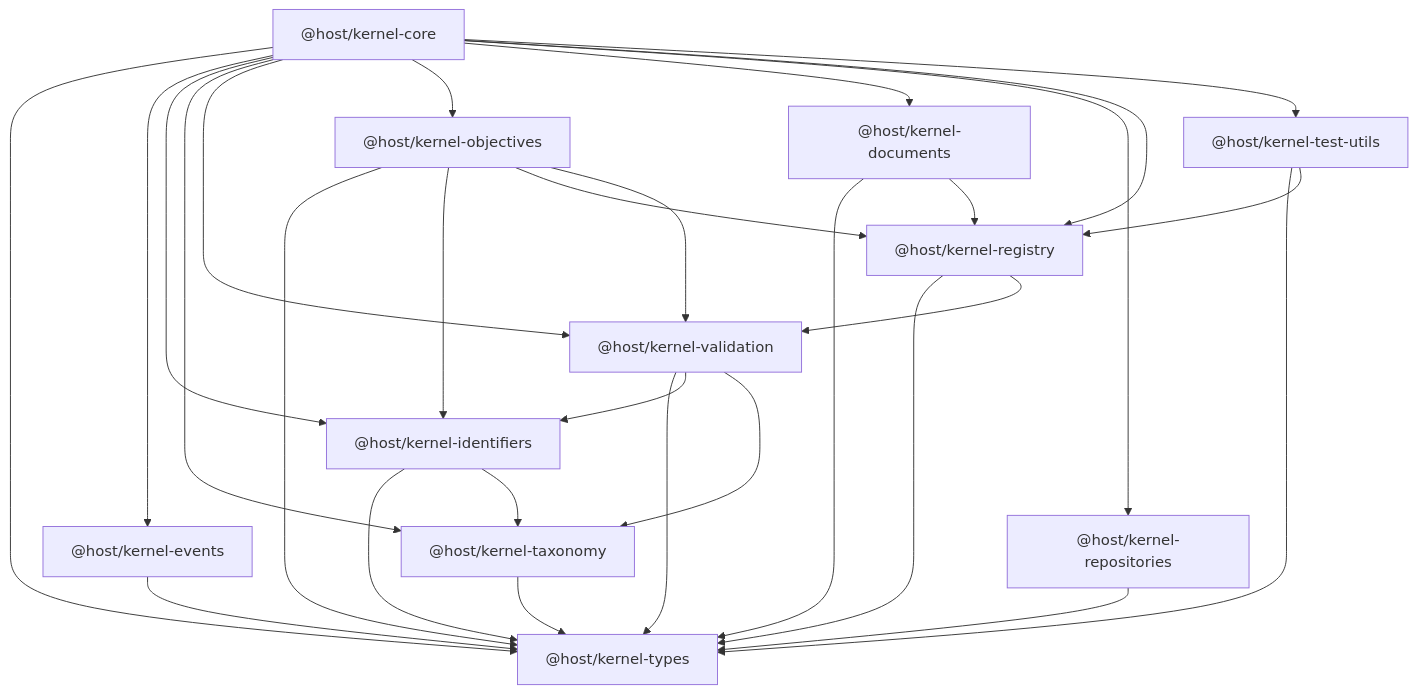
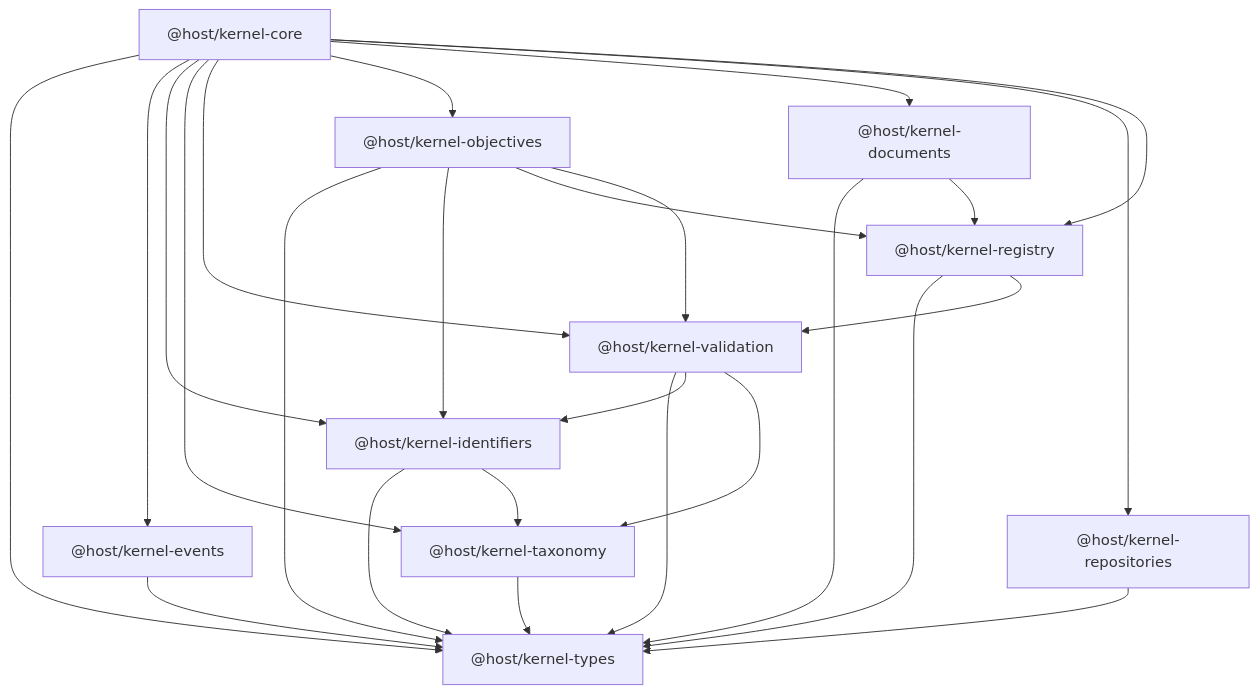
Before and after one commit to captjreacher/HOST-kernel: the diagram in docs/architecture/package-dependency-graph.md, drawn with Mermaid. The commit also changed other lines of this file and 11 other files, not shown here.

````diff
--- a/docs/architecture/package-dependency-graph.md
+++ b/docs/architecture/package-dependency-graph.md
@@ -3,43 +3,39 @@
 ```mermaid
 graph TD
   KTypes["@host/kernel-types"]
   KEvents["@host/kernel-events"]
   KIdentifiers["@host/kernel-identifiers"]
   KTaxonomy["@host/kernel-taxonomy"]
   KValidation["@host/kernel-validation"]
   KObjectives["@host/kernel-objectives"]
   KDocuments["@host/kernel-documents"]
   KRepositories["@host/kernel-repositories"]
   KRegistry["@host/kernel-registry"]
-  KTestUtils["@host/kernel-test-utils"]
   KCore["@host/kernel-core"]
 
   KEvents --> KTypes
   KIdentifiers --> KTypes
   KIdentifiers --> KTaxonomy
   KTaxonomy --> KTypes
   KValidation --> KTypes
   KValidation --> KIdentifiers
   KValidation --> KTaxonomy
   KObjectives --> KTypes
   KObjectives --> KIdentifiers
   KObjectives --> KRegistry
   KObjectives --> KValidation
   KDocuments --> KTypes
   KDocuments --> KRegistry
   KRepositories --> KTypes
   KRegistry --> KTypes
   KRegistry --> KValidation
-  KTestUtils --> KTypes
-  KTestUtils --> KRegistry
   KCore --> KTypes
   KCore --> KEvents
   KCore --> KIdentifiers
   KCore --> KTaxonomy
   KCore --> KValidation
   KCore --> KObjectives
   KCore --> KDocuments
   KCore --> KRepositories
   KCore --> KRegistry
-  KCore --> KTestUtils
 ```
````
